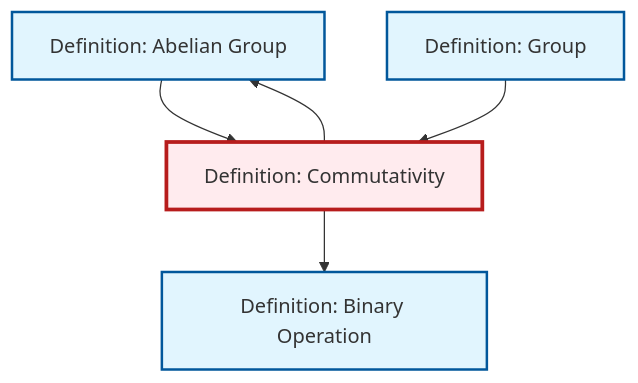
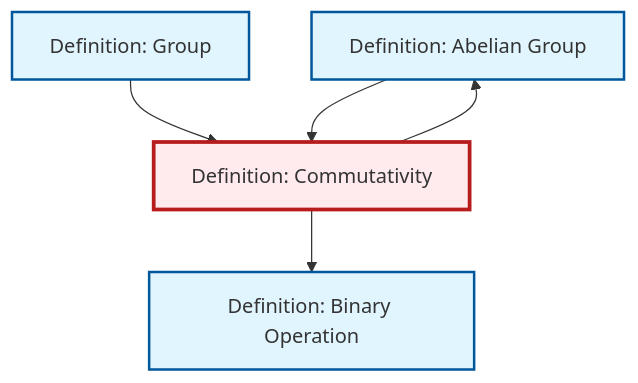
The diagram in content/ja/algebra/def-commutativity.qmd (RK0429/ModernMath), drawn with Mermaid before and after one commit. The commit also changed other lines of this file and 531 other files, not shown here.

````diff
--- a/content/ja/algebra/def-commutativity.qmd
+++ b/content/ja/algebra/def-commutativity.qmd
@@ -102,21 +102,21 @@
 ```{mermaid}
 %%| fig-cap: "Local dependency graph"
 graph TD
     classDef definition fill:#e1f5fe,stroke:#01579b,stroke-width:2px
     classDef theorem fill:#f3e5f5,stroke:#4a148c,stroke-width:2px
     classDef axiom fill:#fff3e0,stroke:#e65100,stroke-width:2px
     classDef example fill:#e8f5e9,stroke:#1b5e20,stroke-width:2px
     classDef current fill:#ffebee,stroke:#b71c1c,stroke-width:3px
     def-binary-operation["Definition: Binary Operation"]:::definition
     def-abelian-group["Definition: Abelian Group"]:::definition
     def-group["Definition: Group"]:::definition
     def-commutativity["Definition: Commutativity"]:::definition
+    def-commutativity --> def-abelian-group
+    def-commutativity --> def-binary-operation
+    def-group --> def-commutativity
     def-abelian-group --> def-commutativity
-    def-commutativity --> def-abelian-group
-    def-group --> def-commutativity
-    def-commutativity --> def-binary-operation
     class def-commutativity current
     click def-binary-operation "def-binary-operation.html" "Definition: Binary Operationへ"
     click def-abelian-group "def-abelian-group.html" "Definition: Abelian Groupへ"
     click def-group "def-group.html" "Definition: Groupへ"
 ```
````
